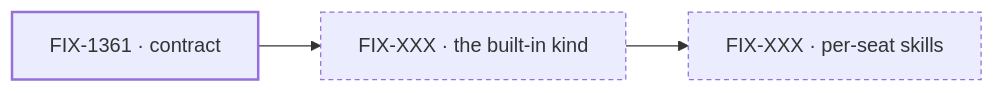
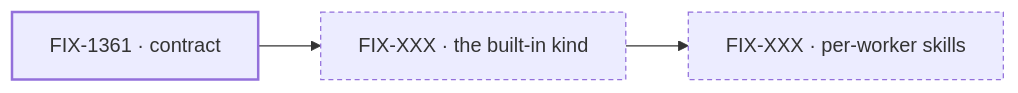
Before and after one commit to fixpoint-labs/flow-state-dev: the diagram in docs/contributing/spec-figures.md, drawn with Mermaid. The commit also changed other lines of this file and 60 other files, not shown here.

````diff
--- a/docs/contributing/spec-figures.md
+++ b/docs/contributing/spec-figures.md
@@ -93,9 +93,9 @@
 ```mermaid
 flowchart LR
   A["FIX-1361 · contract"] --> B["FIX-XXX · the built-in kind"]
-  B --> C["FIX-XXX · per-seat skills"]
+  B --> C["FIX-XXX · per-worker skills"]
   classDef done stroke-width:2px
   classDef proposed stroke-dasharray:4 3
   class A done
   class B,C proposed
 ```
````
